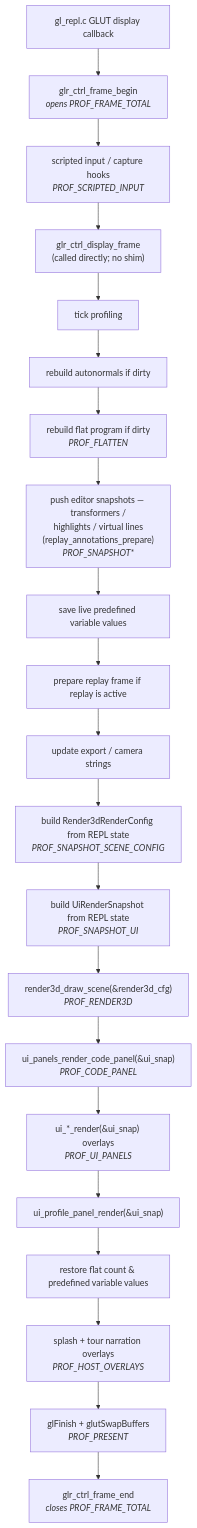
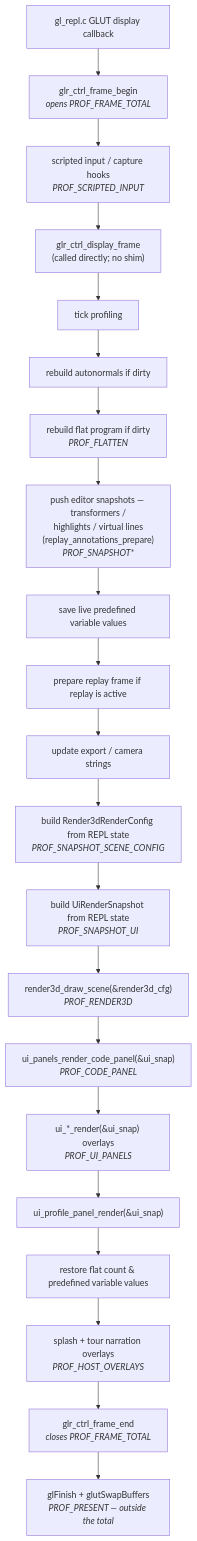
The first of 2 diagrams in docs/ARCHITECTURE.md (drewwoods/gl-repl), drawn with Mermaid before and after one commit. The commit also changed other lines of this file and 13 other files, not shown here.

````diff
--- a/docs/ARCHITECTURE.md
+++ b/docs/ARCHITECTURE.md
@@ -130,23 +130,23 @@
 ```mermaid
 flowchart TD
     cb["gl_repl.c GLUT display callback"] --> fb["glr_ctrl_frame_begin<br/><i>opens PROF_FRAME_TOTAL</i>"]
     fb --> si["scripted input / capture hooks<br/><i>PROF_SCRIPTED_INPUT</i>"]
     si --> frame["glr_ctrl_display_frame<br/>(called directly; no shim)"]
     frame --> s1["tick profiling"]
     s1 --> s2["rebuild autonormals if dirty"]
     s2 --> s3["rebuild flat program if dirty<br/><i>PROF_FLATTEN</i>"]
     s3 --> s4["push editor snapshots — transformers /<br/>highlights / virtual lines<br/>(replay_annotations_prepare)<br/><i>PROF_SNAPSHOT*</i>"]
     s4 --> s5["save live predefined variable values"]
     s5 --> s6["prepare replay frame if replay is active"]
     s6 --> s7["update export / camera strings"]
     s7 --> s8["build Render3dRenderConfig from REPL state<br/><i>PROF_SNAPSHOT_SCENE_CONFIG</i>"]
     s8 --> s9["build UiRenderSnapshot from REPL state<br/><i>PROF_SNAPSHOT_UI</i>"]
     s9 --> s10["render3d_draw_scene(&render3d_cfg)<br/><i>PROF_RENDER3D</i>"]
     s10 --> s11["ui_panels_render_code_panel(&ui_snap)<br/><i>PROF_CODE_PANEL</i>"]
     s11 --> s12["ui_*_render(&ui_snap) overlays<br/><i>PROF_UI_PANELS</i>"]
     s12 --> s13["ui_profile_panel_render(&ui_snap)"]
     s13 --> s14["restore flat count & predefined variable values"]
     s14 --> h1["splash + tour narration overlays<br/><i>PROF_HOST_OVERLAYS</i>"]
-    h1 --> h2["glFinish + glutSwapBuffers<br/><i>PROF_PRESENT</i>"]
-    h2 --> fe["glr_ctrl_frame_end<br/><i>closes PROF_FRAME_TOTAL</i>"]
+    h1 --> fe["glr_ctrl_frame_end<br/><i>closes PROF_FRAME_TOTAL</i>"]
+    fe --> h2["glFinish + glutSwapBuffers<br/><i>PROF_PRESENT — outside the total</i>"]
 ```
````
